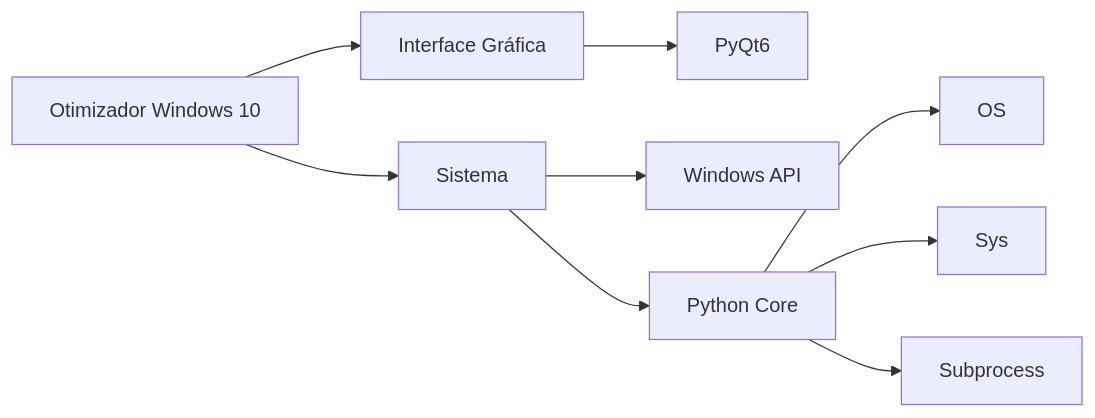
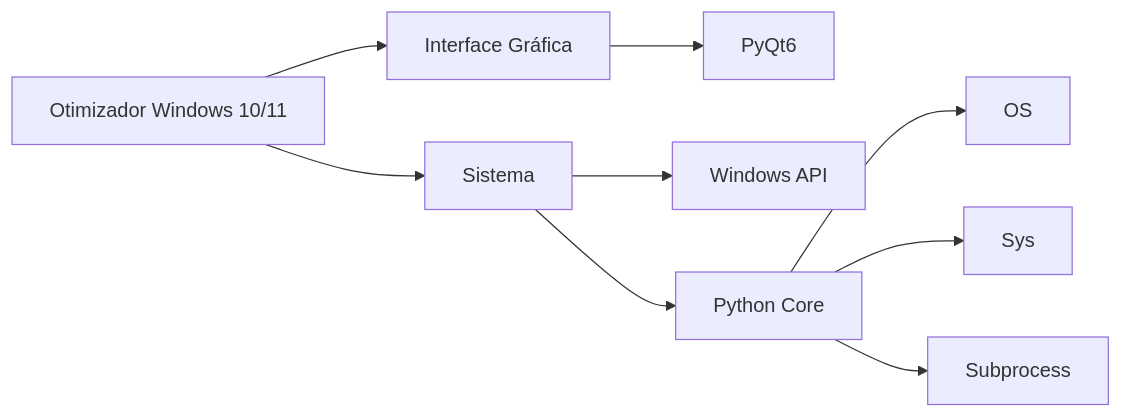
Before and after one commit to samuelbr38/EasyOptimize: the diagram in README.md, drawn with Mermaid. The commit also changed other lines of this file, not shown here.

````diff
--- a/README.md
+++ b/README.md
@@ -34,11 +34,11 @@
 ```mermaid
 graph LR
-    A[Otimizador Windows 10] --> B[Interface Gráfica]
+    A[Otimizador Windows 10/11] --> B[Interface Gráfica]
     A --> C[Sistema]
     B --> D[PyQt6]
     C --> E[Windows API]
     C --> F[Python Core]
     F --> G[OS]
     F --> H[Sys]
     F --> I[Subprocess]
 ```
````
